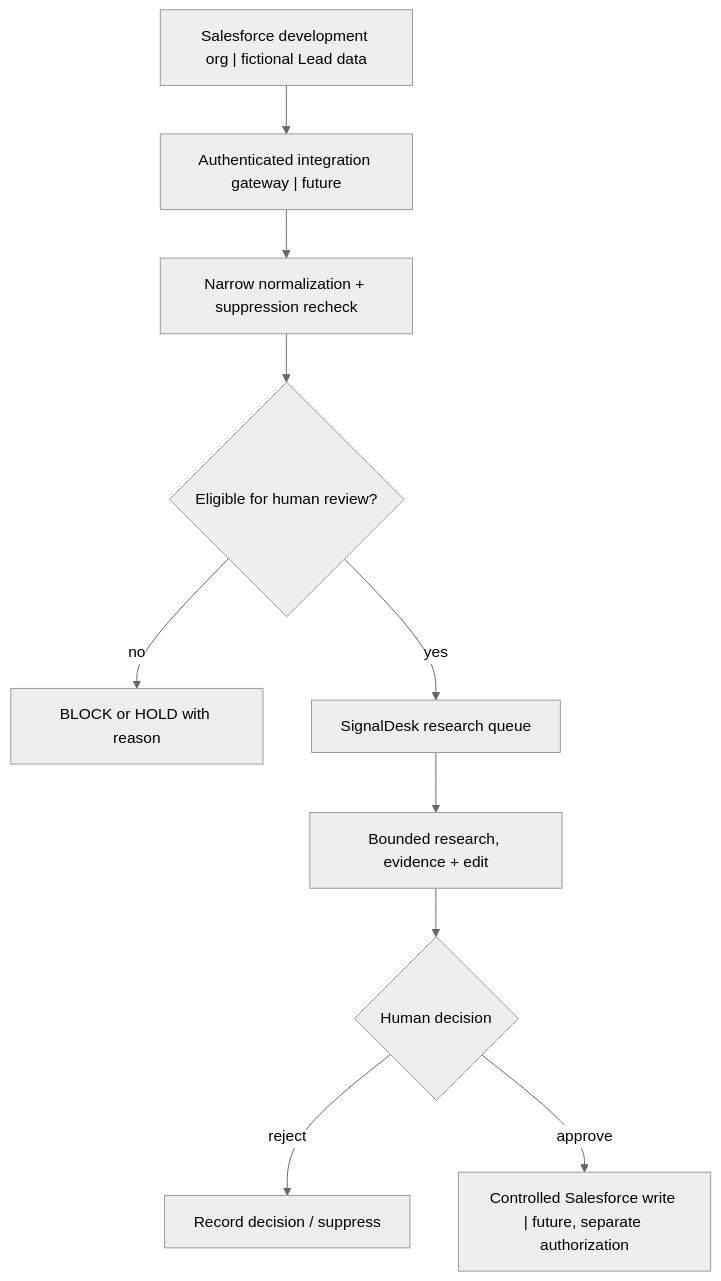
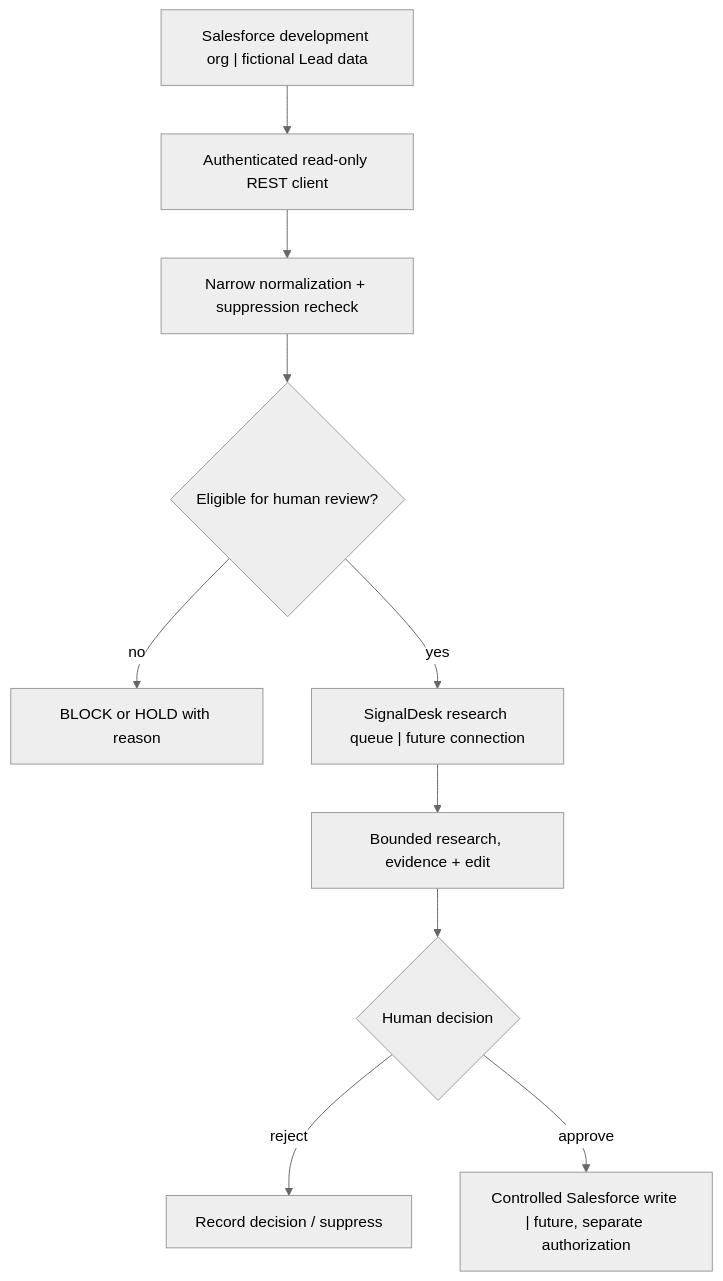
Before and after one commit to TAM-DS/SignalDesk-Acquisition-Intelligence: the diagram in docs/SALESFORCE_POV.md, drawn with Mermaid (neutral theme). The commit also changed other lines of this file and 4 other files, not shown here.

First line of the commit message:
Document live Salesforce validation and read-only Lead permissions (#7)

````diff
--- a/docs/SALESFORCE_POV.md
+++ b/docs/SALESFORCE_POV.md
@@ -23,12 +23,12 @@
 ```mermaid
 flowchart TD
-    A["Salesforce development org | fictional Lead data"] --> B["Authenticated integration gateway | future"]
+    A["Salesforce development org | fictional Lead data"] --> B["Authenticated read-only REST client"]
     B --> C["Narrow normalization + suppression recheck"]
     C --> D{"Eligible for human review?"}
     D -->|no| E["BLOCK or HOLD with reason"]
-    D -->|yes| F["SignalDesk research queue"]
+    D -->|yes| F["SignalDesk research queue | future connection"]
     F --> G["Bounded research, evidence + edit"]
     G --> H{"Human decision"}
     H -->|reject| I["Record decision / suppress"]
     H -->|approve| J["Controlled Salesforce write | future, separate authorization"]
 ```
````
